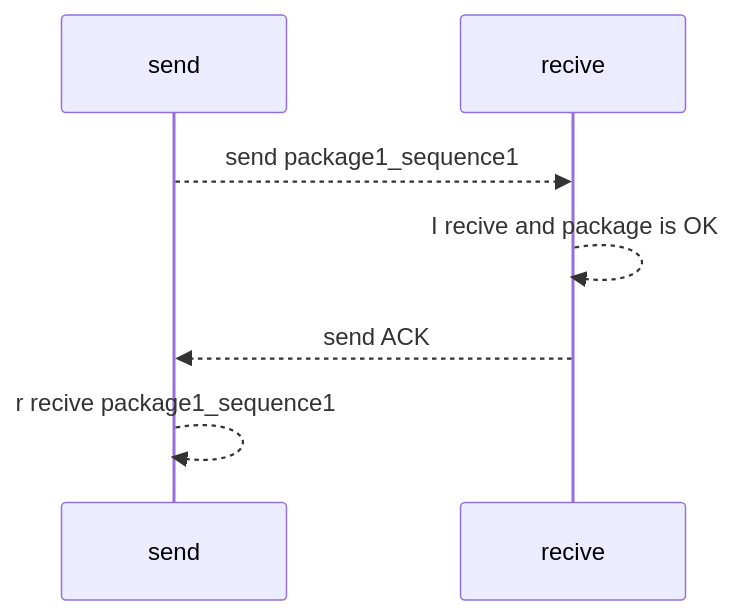
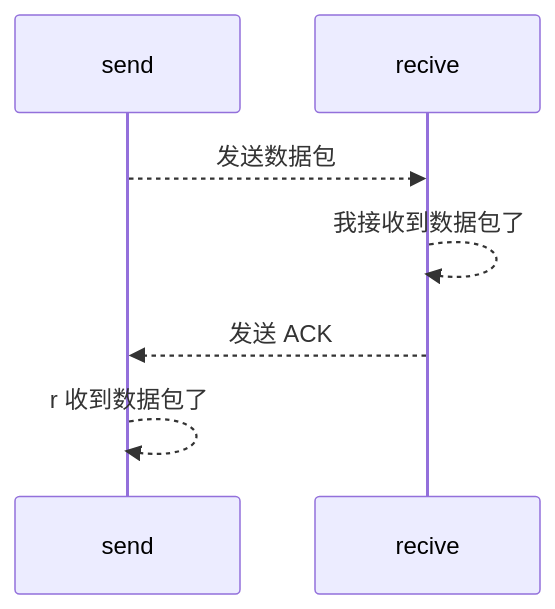
Before and after one commit to csliujw/CodeNotes: the first of 14 diagrams in CS Course/计算机网络-自顶向下方法.md, drawn with Mermaid. The commit also changed other lines of this file and 6 other files, not shown here.

````diff
--- a/CS Course/计算机网络-自顶向下方法.md
+++ b/CS Course/计算机网络-自顶向下方法.md
@@ -62,9 +364,9 @@
 ```mermaid
 sequenceDiagram
 participant s as send 
 participant r as recive
-s-->>r:send package1_sequence1
-r-->>r:I recive and package is OK
-r-->>s:send ACK
-s-->>s:r recive package1_sequence1
+s-->>r:发送数据包
+r-->>r:我接收到数据包了
+r-->>s:发送 ACK
+s-->>s:r 收到数据包了
 ```
````
